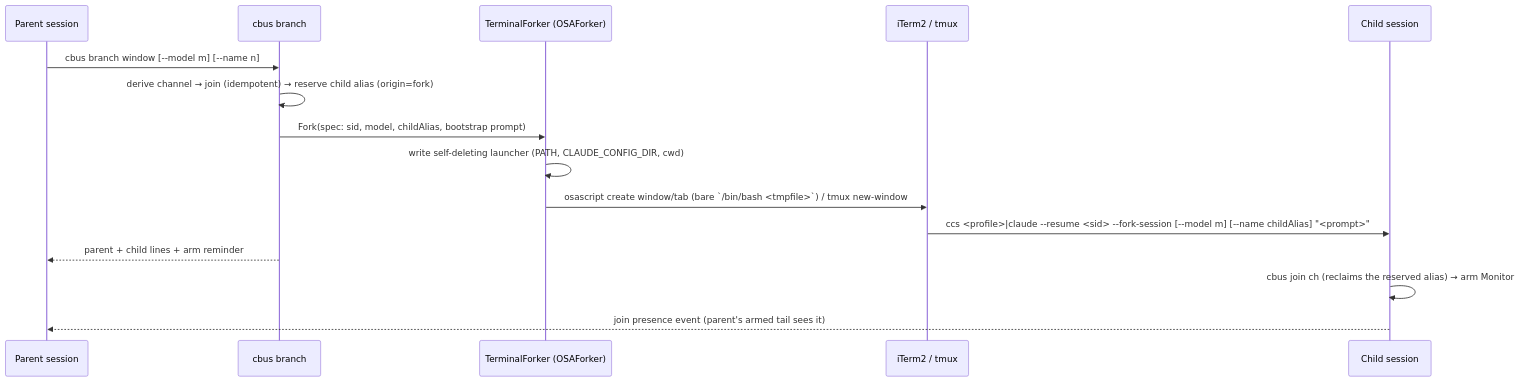
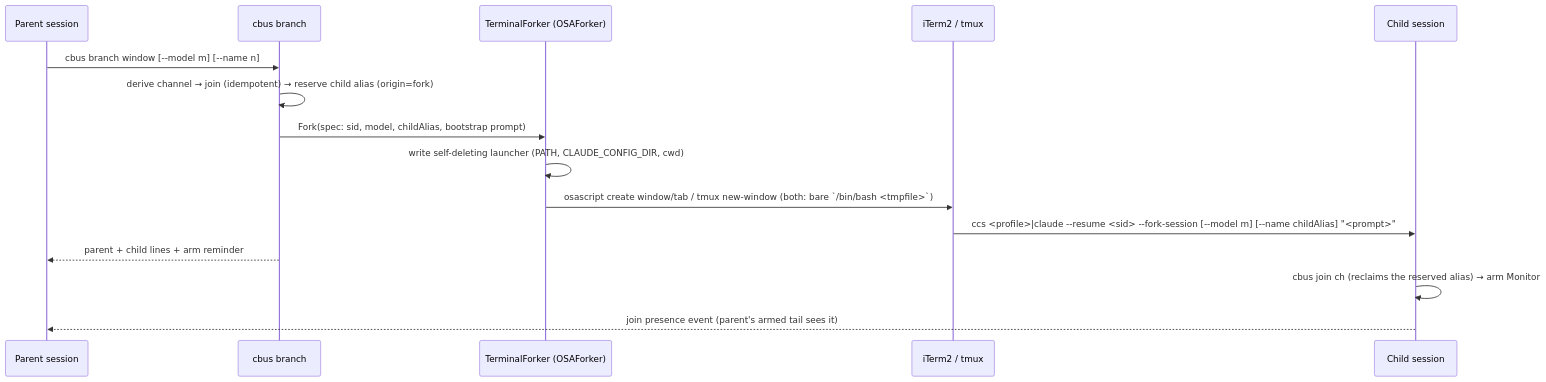
The sixth of 6 diagrams in docs/architecture/command-reference.md (cumanzor/claudebus), drawn with Mermaid before and after one commit. The commit also changed other lines of this file, not shown here.

````diff
--- a/docs/architecture/command-reference.md
+++ b/docs/architecture/command-reference.md
@@ -1725,17 +1725,17 @@
 ```mermaid
 sequenceDiagram
     participant P as Parent session
     participant C as cbus branch
     participant F as TerminalForker (OSAForker)
     participant T as iTerm2 / tmux
     participant K as Child session
     P->>C: cbus branch window [--model m] [--name n]
     C->>C: derive channel → join (idempotent) → reserve child alias (origin=fork)
     C->>F: Fork(spec: sid, model, childAlias, bootstrap prompt)
     F->>F: write self-deleting launcher (PATH, CLAUDE_CONFIG_DIR, cwd)
-    F->>T: osascript create window/tab (bare `/bin/bash <tmpfile>`) / tmux new-window
+    F->>T: osascript create window/tab / tmux new-window (both: bare `/bin/bash <tmpfile>`)
     T->>K: ccs <profile>|claude --resume <sid> --fork-session [--model m] [--name childAlias] "<prompt>"
     C-->>P: parent + child lines + arm reminder
     K->>K: cbus join ch (reclaims the reserved alias) → arm Monitor
     K-->>P: join presence event (parent's armed tail sees it)
 ```
````
